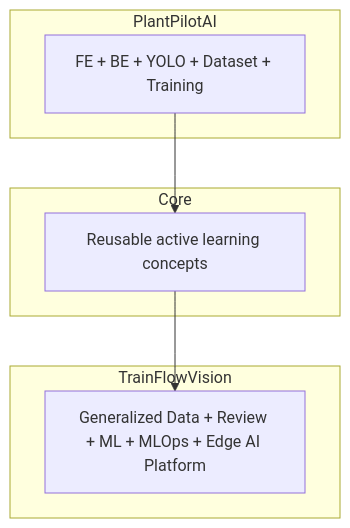
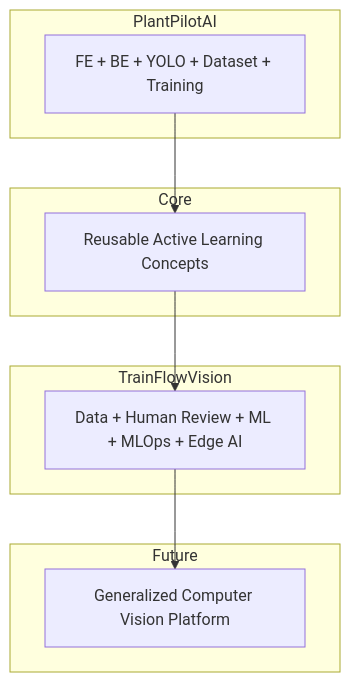
One commit to rathoddhruv/PlantPilotAI-Fullstack changed the second of 2 diagrams in README.md. Above: the diagram before and after it, drawn with Mermaid. The commit also changed other lines of this file, not shown here.

First line of the commit message:
docs(readme): document fullstack architecture and evolution

````diff
--- a/README.md
+++ b/README.md
@@ -77,17 +81,22 @@
 ```mermaid
 graph TD
     subgraph PlantPilotAI
         A[FE + BE + YOLO + Dataset + Training]
     end
     
     subgraph Core
-        B[Reusable active learning concepts]
+        B[Reusable Active Learning Concepts]
     end
 
     subgraph TrainFlowVision
-        C[Generalized Data + Review + ML + MLOps + Edge AI Platform]
+        C[Data + Human Review + ML + MLOps + Edge AI]
+    end
+    
+    subgraph Future
+        D[Generalized Computer Vision Platform]
     end
 
     A --> B
     B --> C
+    C --> D
 ```
````
